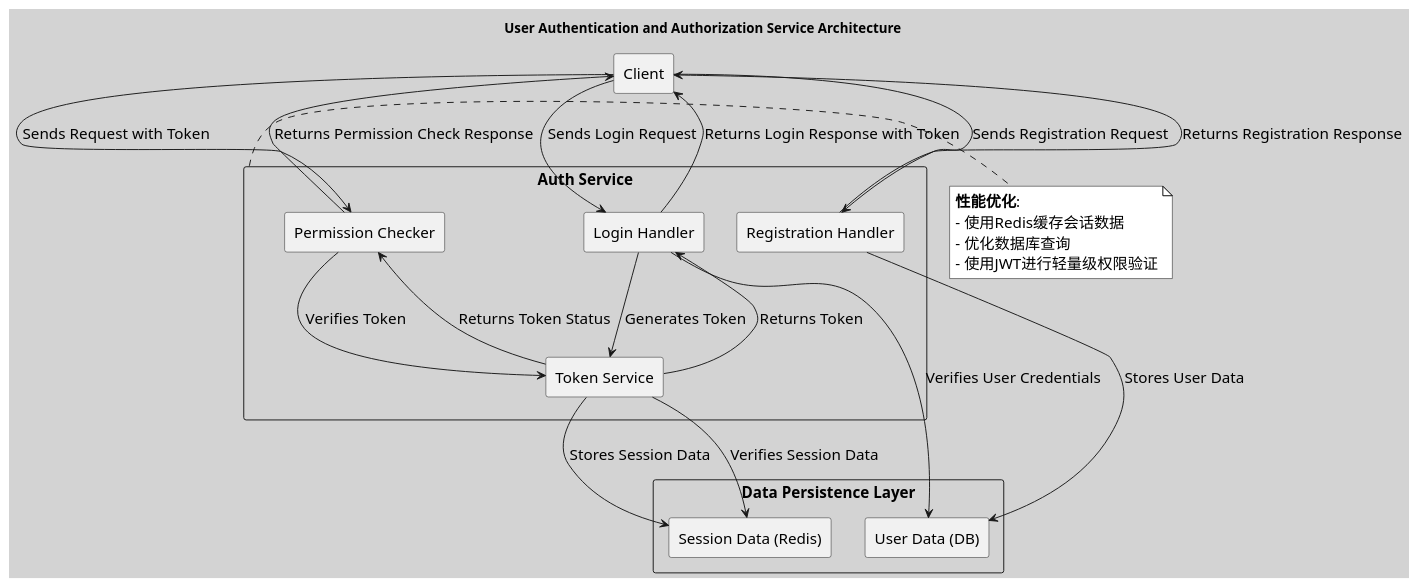
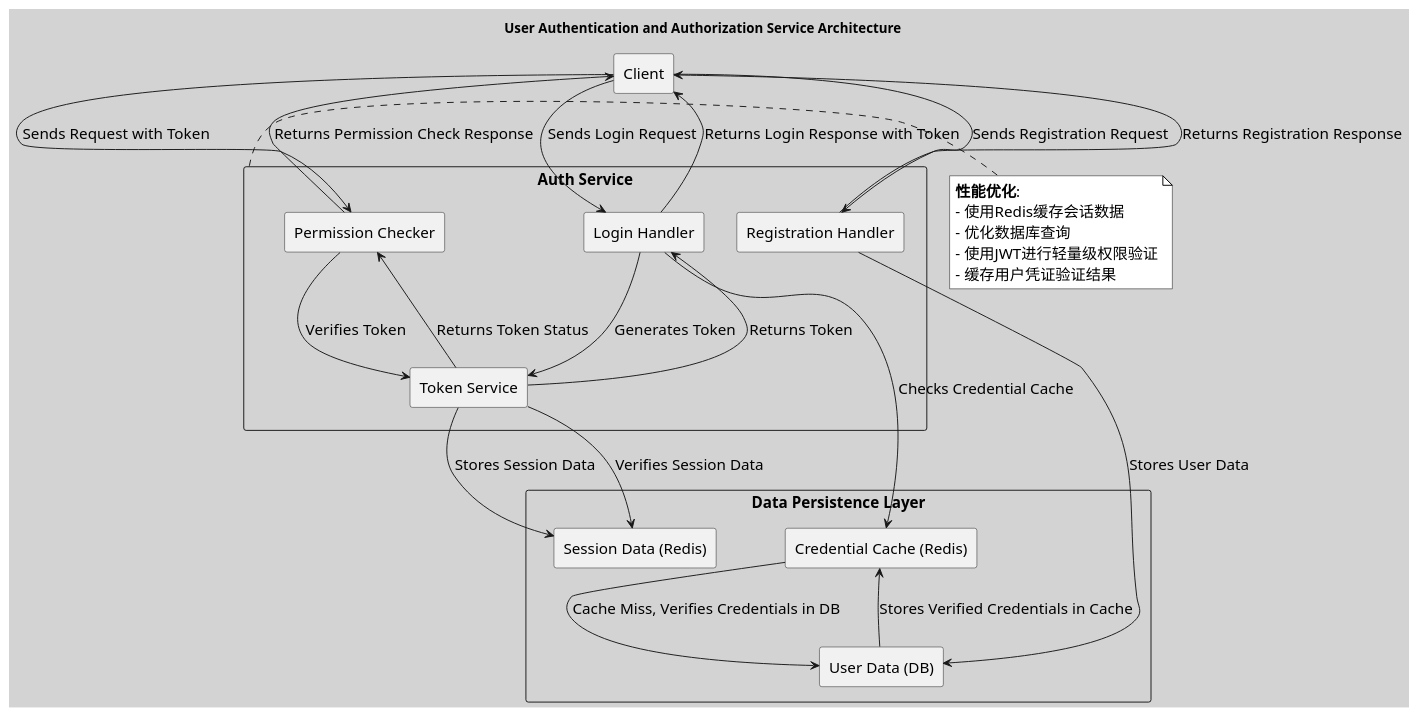
Before and after one commit to huangyingw/system_design: the diagram in twitter/twitter_user_authentication_authorization_service.puml, drawn with PlantUML.

```diff
--- a/twitter/twitter_user_authentication_authorization_service.puml
+++ b/twitter/twitter_user_authentication_authorization_service.puml
@@ -1,53 +1,57 @@
 @startuml
 
 skinparam backgroundColor #D3D3D3
 skinparam defaultFontName "Arial"
 skinparam defaultFontSize 16
 skinparam note {
   BackgroundColor #FFFFFF
   BorderColor #000000
   FontSize 16
   FontName "Arial"
 }
 
 title User Authentication and Authorization Service Architecture
 
 rectangle "Client" as Client
 
 rectangle "Auth Service" as Auth {
     rectangle "Login Handler" as LH
     rectangle "Registration Handler" as RegH
     rectangle "Token Service" as TS
     rectangle "Permission Checker" as PC
 }
 
 rectangle "Data Persistence Layer" as DPS {
     rectangle "User Data (DB)" as UD
     rectangle "Session Data (Redis)" as SD
+    rectangle "Credential Cache (Redis)" as CC
 }
 
 Client -down-> LH : Sends Login Request
-LH -down-> UD : Verifies User Credentials
+LH -down-> CC : Checks Credential Cache
+CC -down-> UD : Cache Miss, Verifies Credentials in DB
+UD -up-> CC : Stores Verified Credentials in Cache
 LH -down-> TS : Generates Token
 TS -down-> SD : Stores Session Data
 TS -up-> LH : Returns Token
 LH -up-> Client : Returns Login Response with Token
 
 Client -down-> RegH : Sends Registration Request
 RegH -down-> UD : Stores User Data
 RegH -up-> Client : Returns Registration Response
 
 Client -down-> PC : Sends Request with Token
 PC -down-> TS : Verifies Token
 TS -down-> SD : Verifies Session Data
 TS -up-> PC : Returns Token Status
 PC -up-> Client : Returns Permission Check Response
 
 note right of Auth
   **性能优化**:
   - 使用Redis缓存会话数据
   - 优化数据库查询
   - 使用JWT进行轻量级权限验证
+  - 缓存用户凭证验证结果
 end note
 
 @enduml
```
